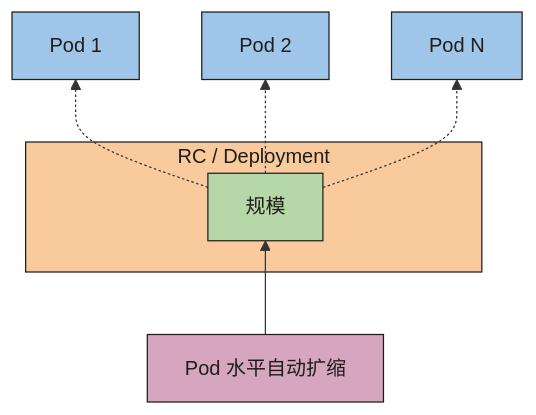
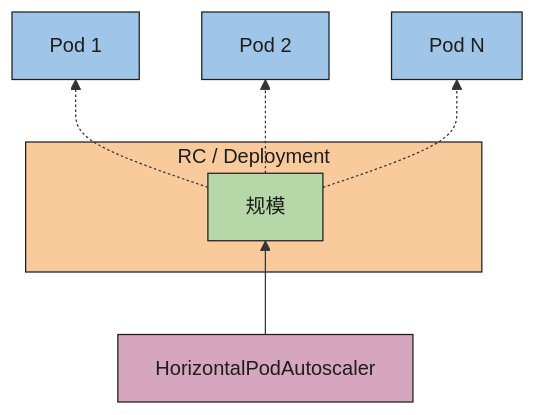
One commit to kubernetes/website changed the diagram in content/zh-cn/docs/tasks/run-application/horizontal-pod-autoscale.md. Above: the diagram before and after it, drawn with Mermaid. The commit also changed other lines of this file, not shown here.

Commit message:
[zh] Sync horizontal-pod-autoscale.md

```diff
--- a/content/zh-cn/docs/tasks/run-application/horizontal-pod-autoscale.md
+++ b/content/zh-cn/docs/tasks/run-application/horizontal-pod-autoscale.md
@@ -93,22 +92,22 @@
 {{< mermaid >}}
 graph BT
 
-hpa[Pod 水平自动扩缩] --> scale[规模]
+hpa[HorizontalPodAutoscaler] --> scale[规模]
 
 subgraph rc[RC / Deployment]
     scale
 end
 
 scale -.-> pod1[Pod 1]
 scale -.-> pod2[Pod 2]
 scale -.-> pod3[Pod N]
 
 classDef hpa fill:#D5A6BD,stroke:#1E1E1D,stroke-width:1px,color:#1E1E1D;
 classDef rc fill:#F9CB9C,stroke:#1E1E1D,stroke-width:1px,color:#1E1E1D;
 classDef scale fill:#B6D7A8,stroke:#1E1E1D,stroke-width:1px,color:#1E1E1D;
 classDef pod fill:#9FC5E8,stroke:#1E1E1D,stroke-width:1px,color:#1E1E1D;
 class hpa hpa;
 class rc rc;
 class scale scale;
 class pod1,pod2,pod3 pod
 {{< /mermaid >}}
```
